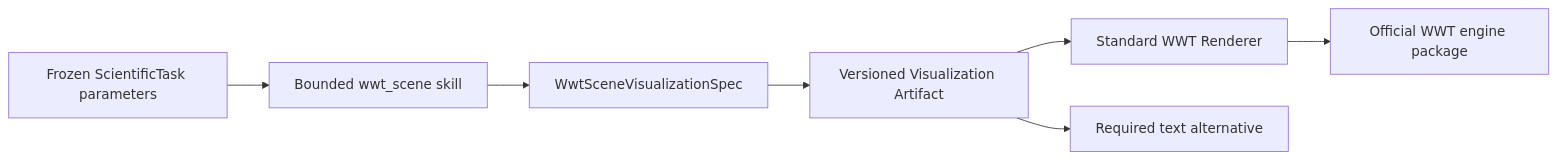
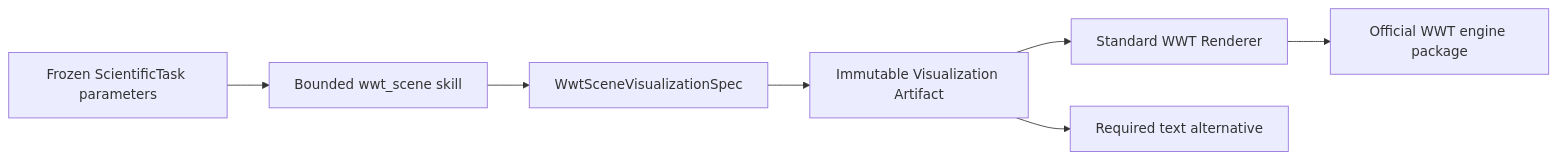
Before and after one commit to zyyyyynnn/xingwen-astro-ai: the diagram in docs/architecture/decisions/wwt-declarative-scene-boundary.md, drawn with Mermaid. The commit also changed 43 other files, not shown here.

````diff
--- a/docs/architecture/decisions/wwt-declarative-scene-boundary.md
+++ b/docs/architecture/decisions/wwt-declarative-scene-boundary.md
@@ -9,9 +9,9 @@
 ```mermaid
 flowchart LR
   Contract["Frozen ScientificTask parameters"] --> Skill["Bounded wwt_scene skill"]
   Skill --> Spec["WwtSceneVisualizationSpec"]
-  Spec --> Artifact["Versioned Visualization Artifact"]
+  Spec --> Artifact["Immutable Visualization Artifact"]
   Artifact --> Renderer["Standard WWT Renderer"]
   Renderer --> Engine["Official WWT engine package"]
   Artifact --> Text["Required text alternative"]
 ```
````
